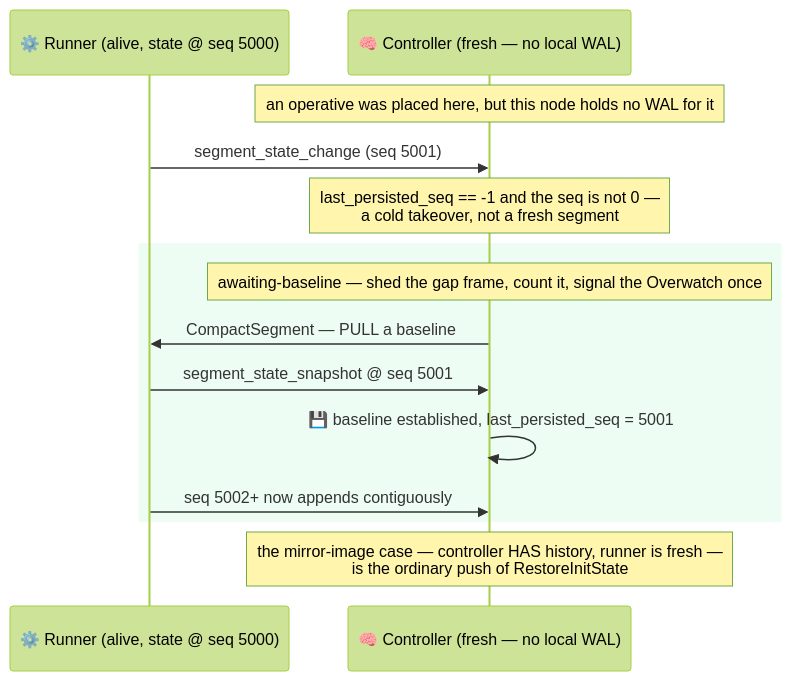
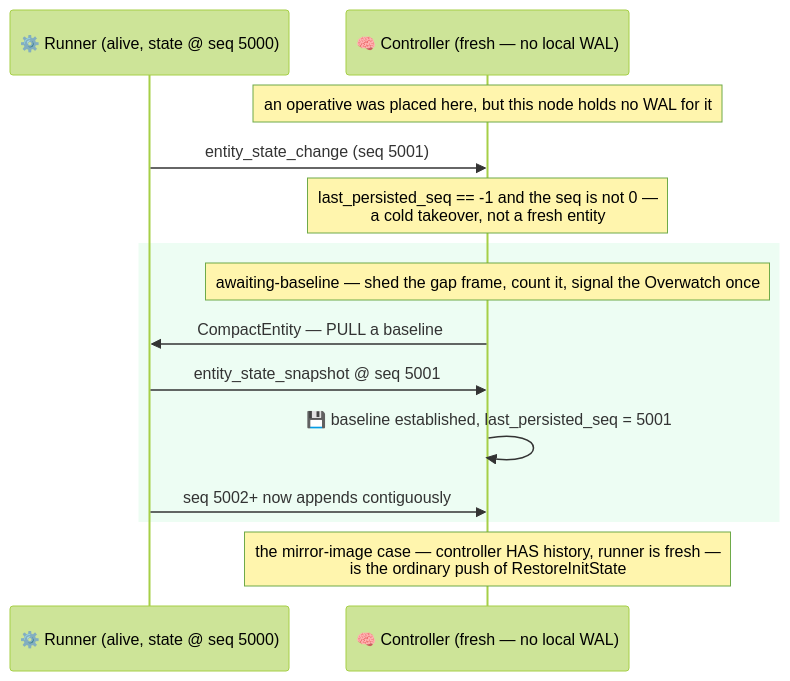
Before and after one commit to Flezha/flezha: the fifth of 16 diagrams in docs/architecture/kernel.md, drawn with Mermaid (forest theme). The commit also changed other lines of this file and 658 other files, not shown here.

````diff
--- a/docs/architecture/kernel.md
+++ b/docs/architecture/kernel.md
@@ -219,19 +219,19 @@
 ```mermaid
 sequenceDiagram
     participant EX as ⚙️ Runner (alive, state @ seq 5000)
     participant CTRL as 🧠 Controller (fresh — no local WAL)
 
     Note over CTRL: an operative was placed here, but this node holds no WAL for it
-    EX->>CTRL: segment_state_change (seq 5001)
-    Note over CTRL: last_persisted_seq == -1 and the seq is not 0 —<br/>a cold takeover, not a fresh segment
+    EX->>CTRL: entity_state_change (seq 5001)
+    Note over CTRL: last_persisted_seq == -1 and the seq is not 0 —<br/>a cold takeover, not a fresh entity
 
     rect rgba(220,252,231,0.5)
         Note over CTRL: awaiting-baseline — shed the gap frame, count it, signal the Overwatch once
-        CTRL->>EX: CompactSegment — PULL a baseline
-        EX->>CTRL: segment_state_snapshot @ seq 5001
+        CTRL->>EX: CompactEntity — PULL a baseline
+        EX->>CTRL: entity_state_snapshot @ seq 5001
         CTRL->>CTRL: 💾 baseline established, last_persisted_seq = 5001
         EX->>CTRL: seq 5002+ now appends contiguously
     end
 
     Note over CTRL: the mirror-image case — controller HAS history, runner is fresh —<br/>is the ordinary push of RestoreInitState
 ```
````
